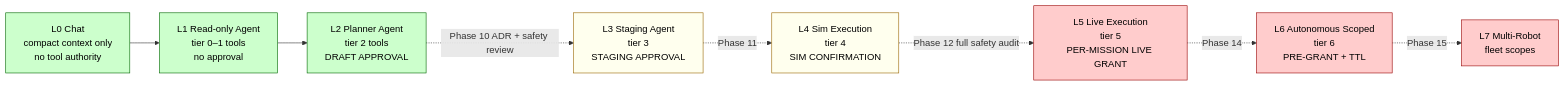
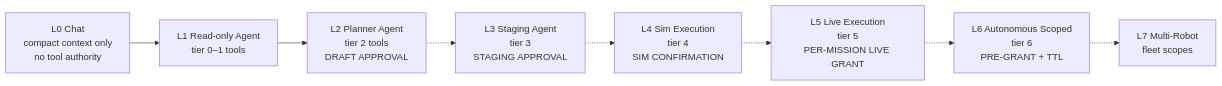
One commit to vardan6/uxv-agent changed the seventh of 8 diagrams in docs/components/ai-agent/internals/graph-spec.md. Above: the diagram before and after it, drawn with Mermaid. The commit also changed other lines of this file and 34 other files, not shown here.

````diff
--- a/docs/components/ai-agent/internals/graph-spec.md
+++ b/docs/components/ai-agent/internals/graph-spec.md
@@ -549,25 +305,18 @@
 ```mermaid
 flowchart LR
     L0[L0 Chat<br/>compact context only<br/>no tool authority]
-    L1[L1 Read-only Agent<br/>tier 0–1 tools<br/>no approval]
+    L1[L1 Read-only Agent<br/>tier 0–1 tools]
     L2[L2 Planner Agent<br/>tier 2 tools<br/>DRAFT APPROVAL]
     L3[L3 Staging Agent<br/>tier 3<br/>STAGING APPROVAL]
     L4[L4 Sim Execution<br/>tier 4<br/>SIM CONFIRMATION]
     L5[L5 Live Execution<br/>tier 5<br/>PER-MISSION LIVE GRANT]
     L6[L6 Autonomous Scoped<br/>tier 6<br/>PRE-GRANT + TTL]
     L7[L7 Multi-Robot<br/>fleet scopes]
 
     L0 --> L1 --> L2
-    L2 -. Phase 10 ADR + safety review .-> L3
-    L3 -. Phase 11 .-> L4
-    L4 -. Phase 12 full safety audit .-> L5
-    L5 -. Phase 14 .-> L6
-    L6 -. Phase 15 .-> L7
-
-    classDef now fill:#cfc,stroke:#060,color:#000
-    classDef soon fill:#ffe,stroke:#960,color:#000
-    classDef gated fill:#fcc,stroke:#900,color:#000
-    class L0,L1,L2 now
-    class L3,L4 soon
-    class L5,L6,L7 gated
+    L2 -.-> L3
+    L3 -.-> L4
+    L4 -.-> L5
+    L5 -.-> L6
+    L6 -.-> L7
 ```
````
